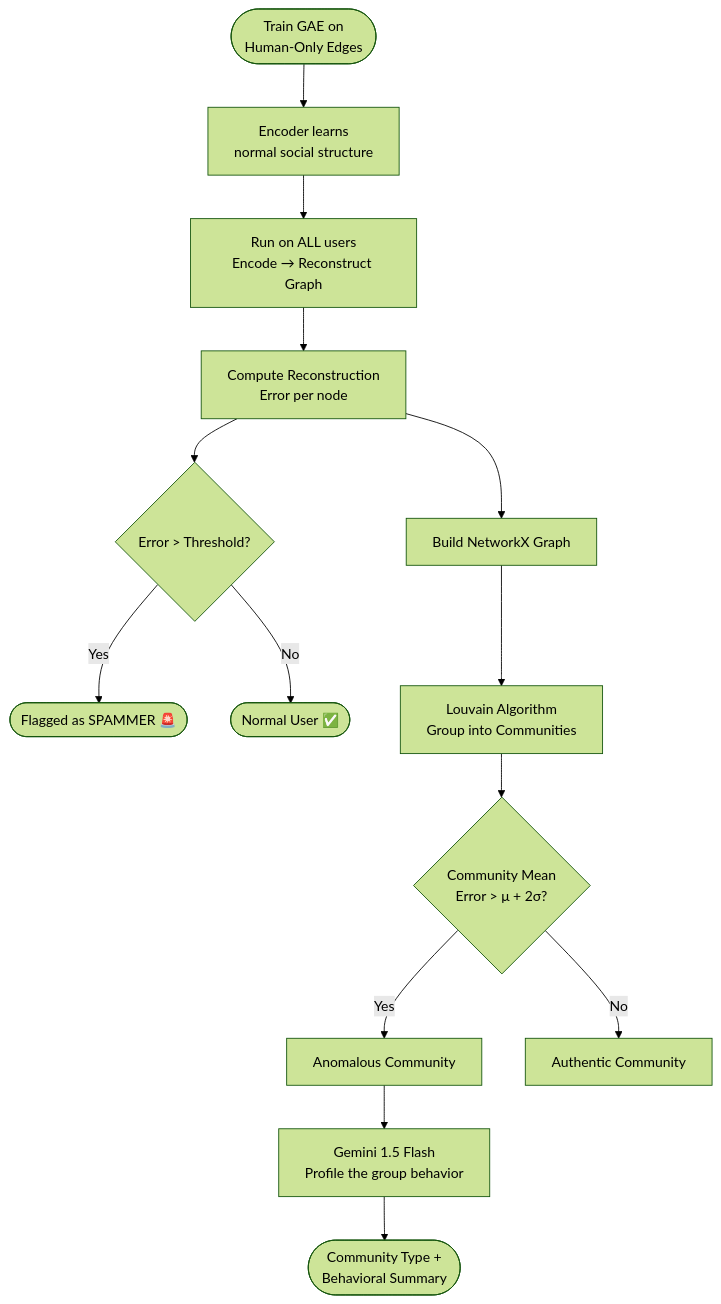
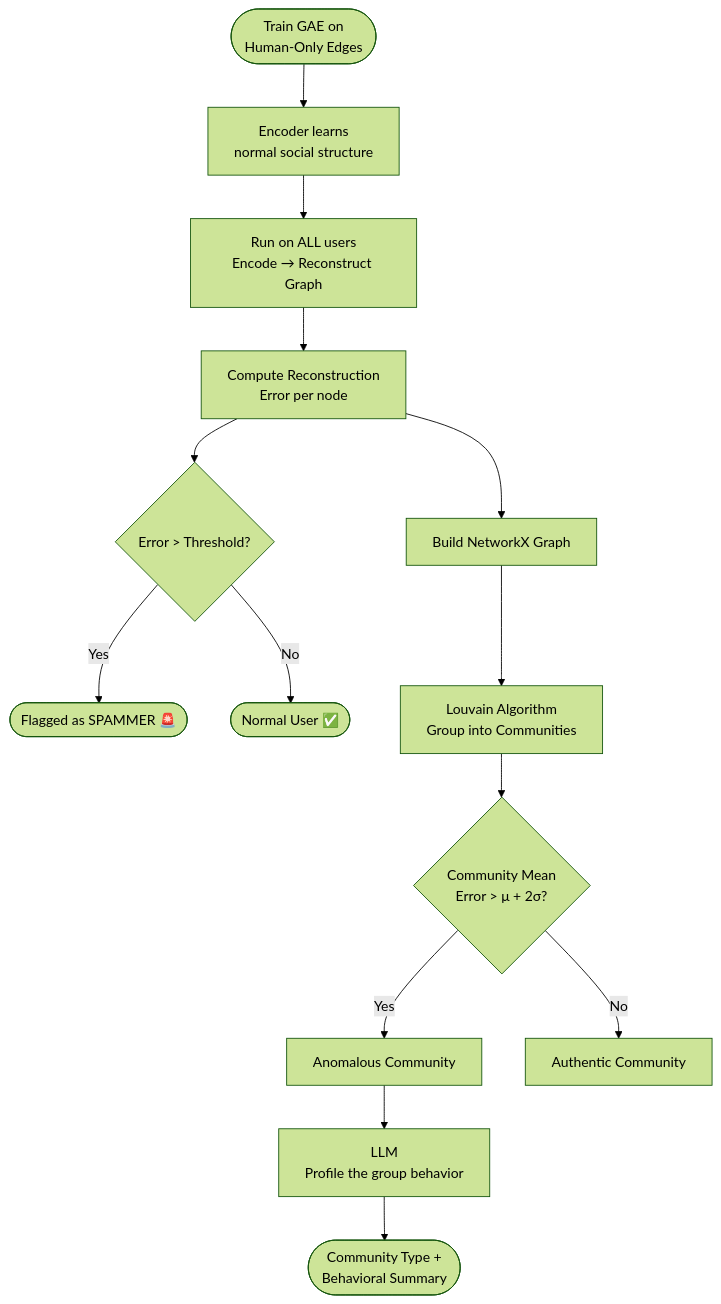
The third of 3 diagrams in simpleflow.md (GeetenParab/Anomalous-Behavior-Detection-in-Social-Networks-Using-Graph-Neural-Networks), drawn with Mermaid (forest theme) before and after one commit.

````diff
--- a/simpleflow.md
+++ b/simpleflow.md
@@ -50,19 +50,19 @@
 ```mermaid
 flowchart TD
     A([Train GAE on\nHuman-Only Edges]) --> B[Encoder learns\nnormal social structure]
     B --> C[Run on ALL users\nEncode → Reconstruct Graph]
     C --> D[Compute Reconstruction\nError per node]
 
     D --> E{Error > Threshold?}
     E -->|Yes| F([Flagged as SPAMMER 🚨])
     E -->|No| G([Normal User ✅])
 
     D --> H[Build NetworkX Graph]
     H --> I[Louvain Algorithm\nGroup into Communities]
     I --> J{Community Mean\nError > μ + 2σ?}
     J -->|Yes| K[Anomalous Community]
     J -->|No| L[Authentic Community]
 
-    K --> M["Gemini 1.5 Flash\nProfile the group behavior"]
+    K --> M["LLM \nProfile the group behavior"]
     M --> N([Community Type +\nBehavioral Summary])
 ```
````
